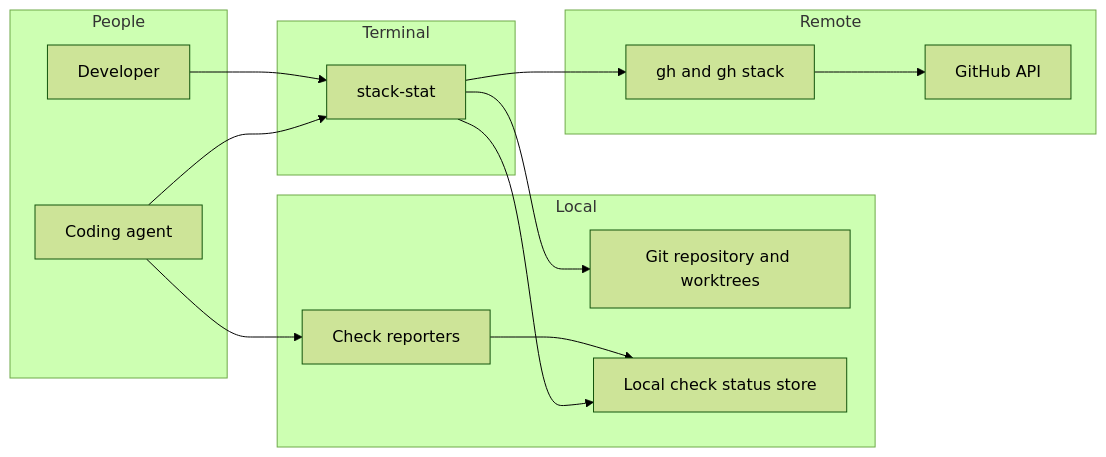
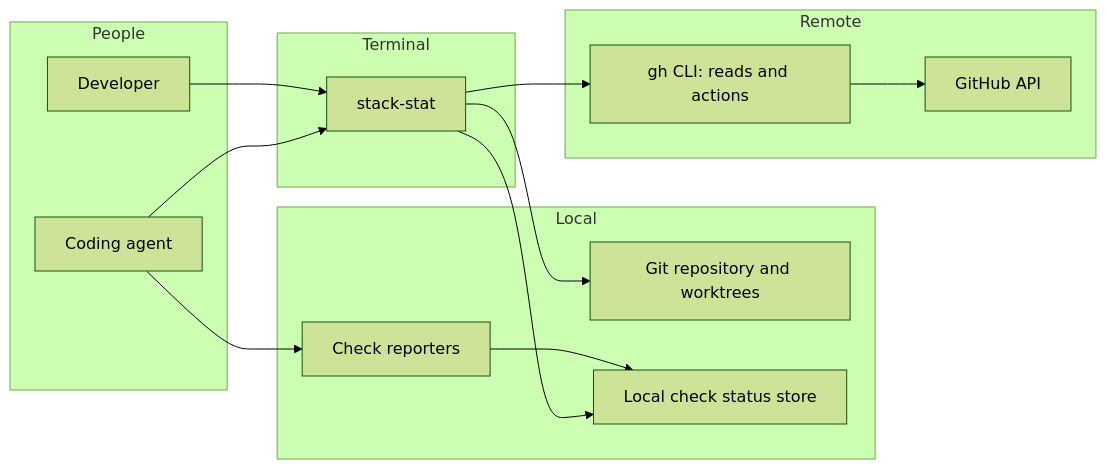
One commit to cam1se/stack-stat changed the diagram in docs/architecture/01-l1-context.md. Above: the diagram before and after it, drawn with Mermaid (forest theme). The commit also changed other lines of this file and 11 other files, not shown here.

First line of the commit message:
docs: record GitHub-sourced stack reads in ADR-0002

````diff
--- a/docs/architecture/01-l1-context.md
+++ b/docs/architecture/01-l1-context.md
@@ -5,26 +5,26 @@
 ```mermaid
 flowchart LR
   subgraph People
     Dev[Developer]
     Agent[Coding agent]
   end
   subgraph Terminal
     Stat[stack-stat]
   end
   subgraph Local
     Git[Git repository and worktrees]
     Store[Local check status store]
     Reporter[Check reporters]
   end
   subgraph Remote
-    Gh[gh and gh stack]
+    Gh[gh CLI: reads and actions]
     GitHub[GitHub API]
   end
   Dev --> Stat
   Agent --> Stat
   Agent --> Reporter
   Reporter --> Store
   Stat --> Store
   Stat --> Git
   Stat --> Gh --> GitHub
 ```
````
